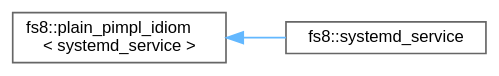
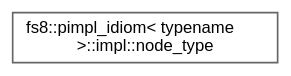
One commit to the-moisrex/foresight changed the diagram in api/inherit_graph_82.dot. Above: the diagram before and after it, drawn with Graphviz. The commit also changed 187 other files, not shown here.

```diff
--- a/api/inherit_graph_82.dot
+++ b/api/inherit_graph_82.dot
@@ -1,11 +1,9 @@
 digraph "Graphical Class Hierarchy"
 {
  // LATEX_PDF_SIZE
   bgcolor="transparent";
   edge [fontname=Helvetica,fontsize=10,labelfontname=Helvetica,labelfontsize=10];
   node [fontname=Helvetica,fontsize=10,shape=box,height=0.2,width=0.4];
   rankdir="LR";
-  Node0 [id="Node000000",label="fs8::plain_pimpl_idiom\l\< systemd_service \>",height=0.2,width=0.4,color="grey40", fillcolor="white", style="filled",URL="$structfs8_1_1plain__pimpl__idiom.html",tooltip=" "];
-  Node0 -> Node1 [id="edge91_Node000000_Node000001",dir="back",color="steelblue1",style="solid",tooltip=" "];
-  Node1 [id="Node000001",label="fs8::systemd_service",height=0.2,width=0.4,color="grey40", fillcolor="white", style="filled",URL="$structfs8_1_1systemd__service.html",tooltip=" "];
+  Node0 [id="Node000000",label="fs8::pimpl_idiom\< typename\l \>::impl::node_type",height=0.2,width=0.4,color="grey40", fillcolor="white", style="filled",URL="$structfs8_1_1pimpl__idiom_1_1impl_1_1node__type.html",tooltip=" "];
 }
```
